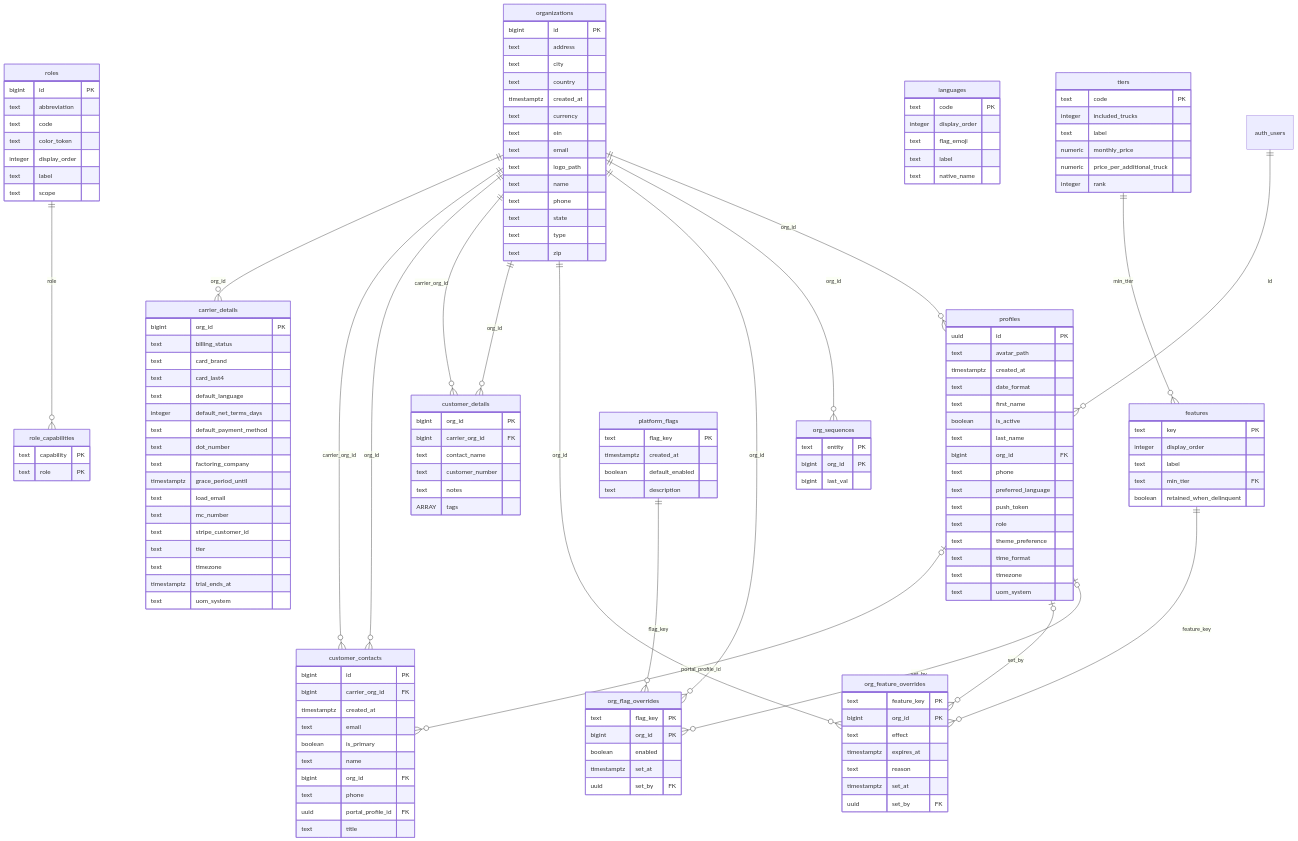
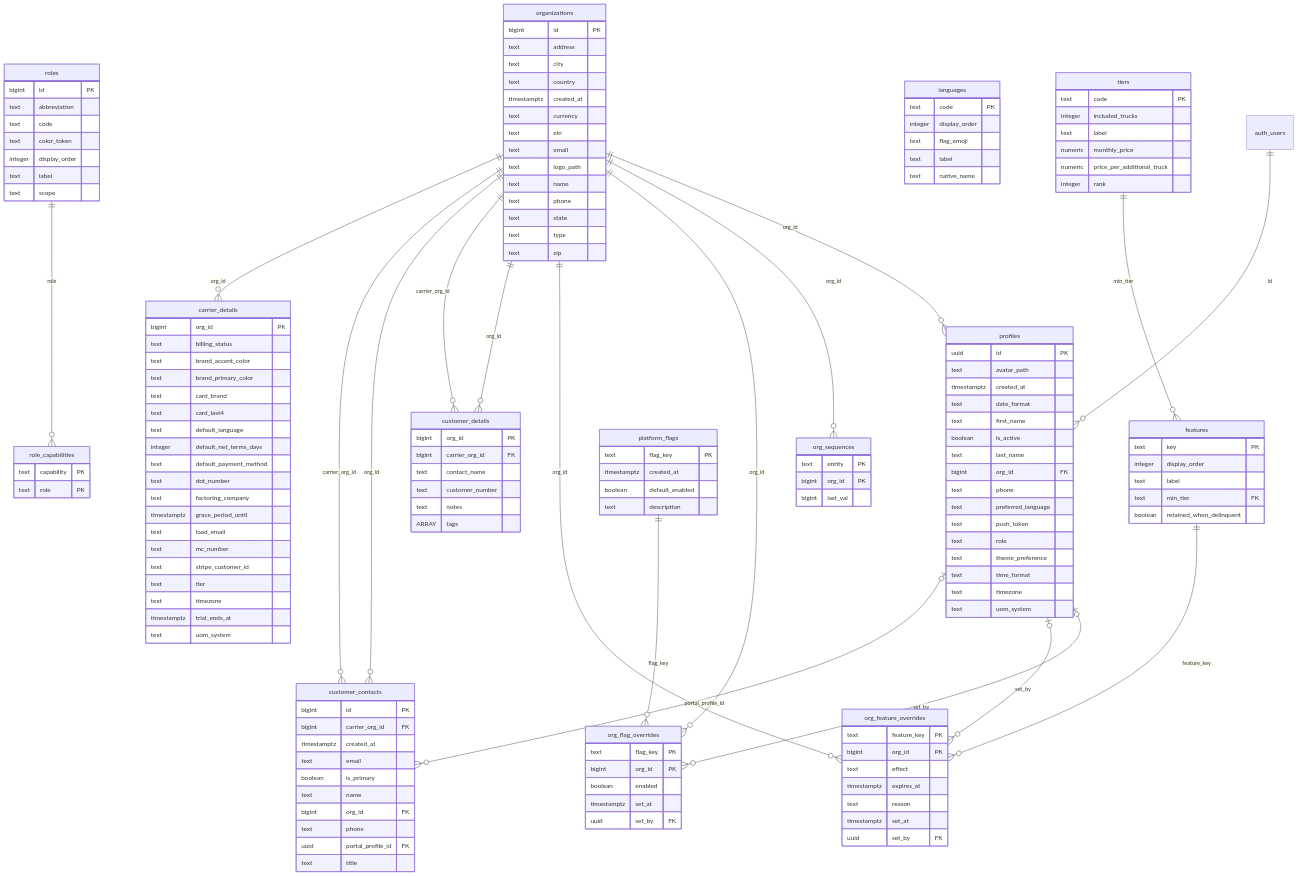
Before and after one commit to gsanjeevs/carrieros: the first of 6 diagrams in architecture/erd.md, drawn with Mermaid. The commit also changed 20 other files, not shown here.

```diff
--- a/architecture/erd.md
+++ b/architecture/erd.md
@@ -38,6 +38,8 @@
   carrier_details {
     bigint org_id PK
     text billing_status
+    text brand_accent_color
+    text brand_primary_color
     text card_brand
     text card_last4
     text default_language
```
